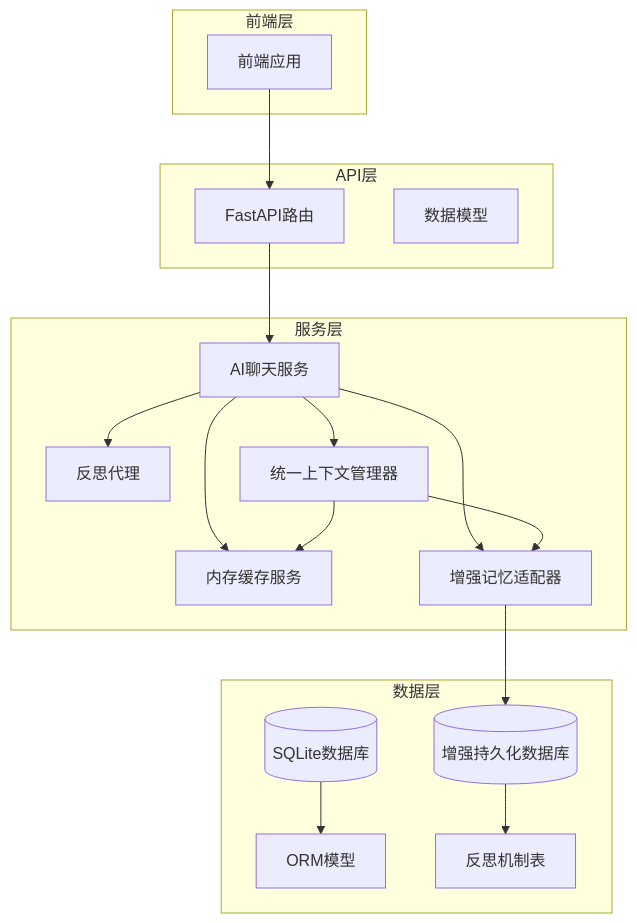
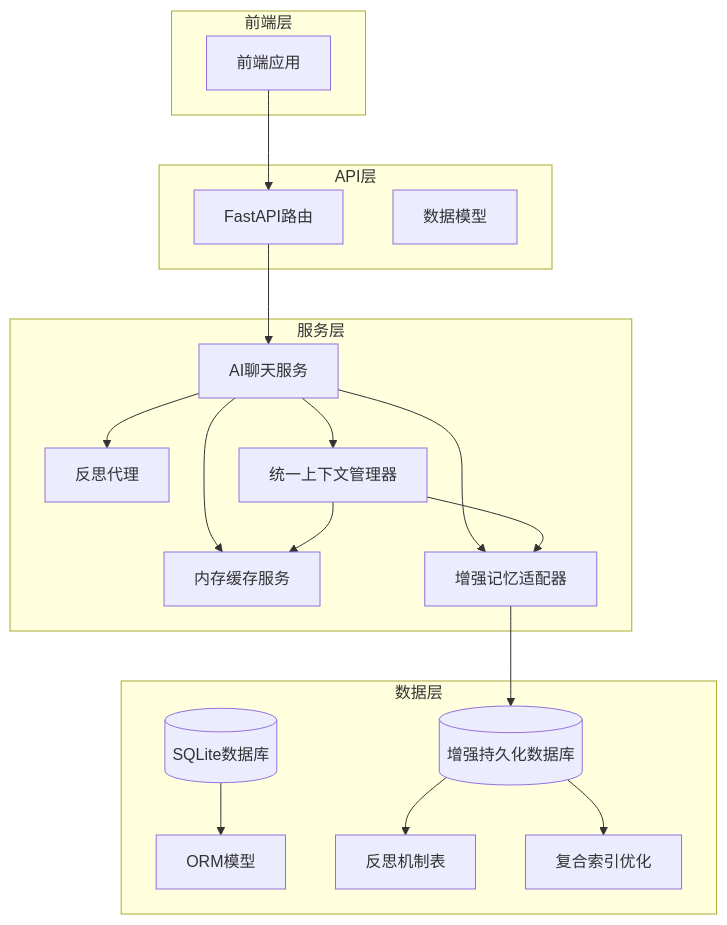
Before and after one commit to xfbyxq/ai-novel-system: the first of 11 diagrams in .qoder/repowiki/zh/content/Memory Service.md, drawn with Mermaid. The commit also changed other lines of this file and 23 other files, not shown here.

````diff
--- a/.qoder/repowiki/zh/content/Memory Service.md
+++ b/.qoder/repowiki/zh/content/Memory Service.md
@@ -46,34 +49,36 @@
 ```mermaid
 graph TB
 subgraph "前端层"
 FE[前端应用]
 end
 subgraph "API层"
 API[FastAPI路由]
 SCHEMAS[数据模型]
 end
 subgraph "服务层"
 AI_CHAT_SERVICE[AI聊天服务]
 MEMORY_SERVICE[内存缓存服务]
 PERSISTENT_ADAPTER[增强记忆适配器]
 REFLECTION_AGENT[反思代理]
 UNIFIED_CONTEXT[统一上下文管理器]
 end
 subgraph "数据层"
 DB[(SQLite数据库)]
 MODELS[ORM模型]
 PERSISTENT_DB[(增强持久化数据库)]
 REFLECTION_TABLES[反思机制表]
+COMPOSITE_INDEXES[复合索引优化]
 end
 FE --> API
 API --> AI_CHAT_SERVICE
 AI_CHAT_SERVICE --> MEMORY_SERVICE
 AI_CHAT_SERVICE --> PERSISTENT_ADAPTER
 AI_CHAT_SERVICE --> REFLECTION_AGENT
 AI_CHAT_SERVICE --> UNIFIED_CONTEXT
 UNIFIED_CONTEXT --> MEMORY_SERVICE
 UNIFIED_CONTEXT --> PERSISTENT_ADAPTER
 PERSISTENT_ADAPTER --> PERSISTENT_DB
 PERSISTENT_DB --> REFLECTION_TABLES
+PERSISTENT_DB --> COMPOSITE_INDEXES
 DB --> MODELS
 ```
````
